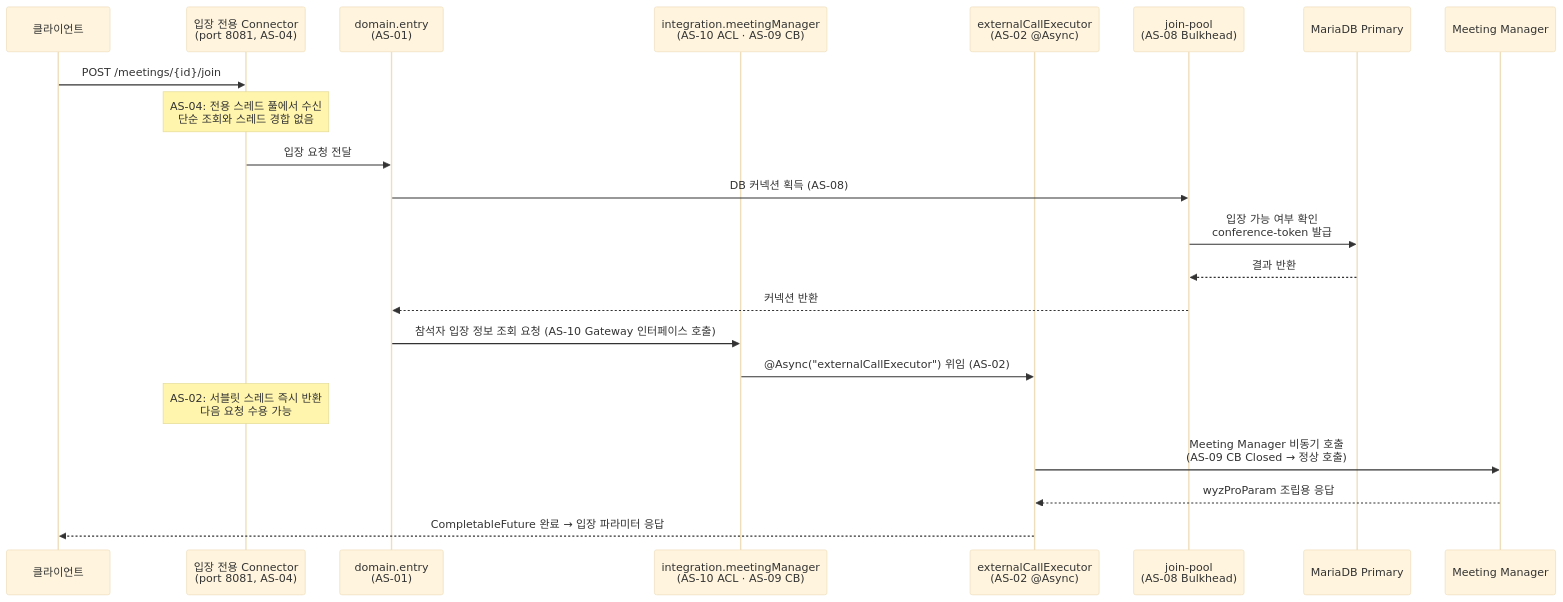
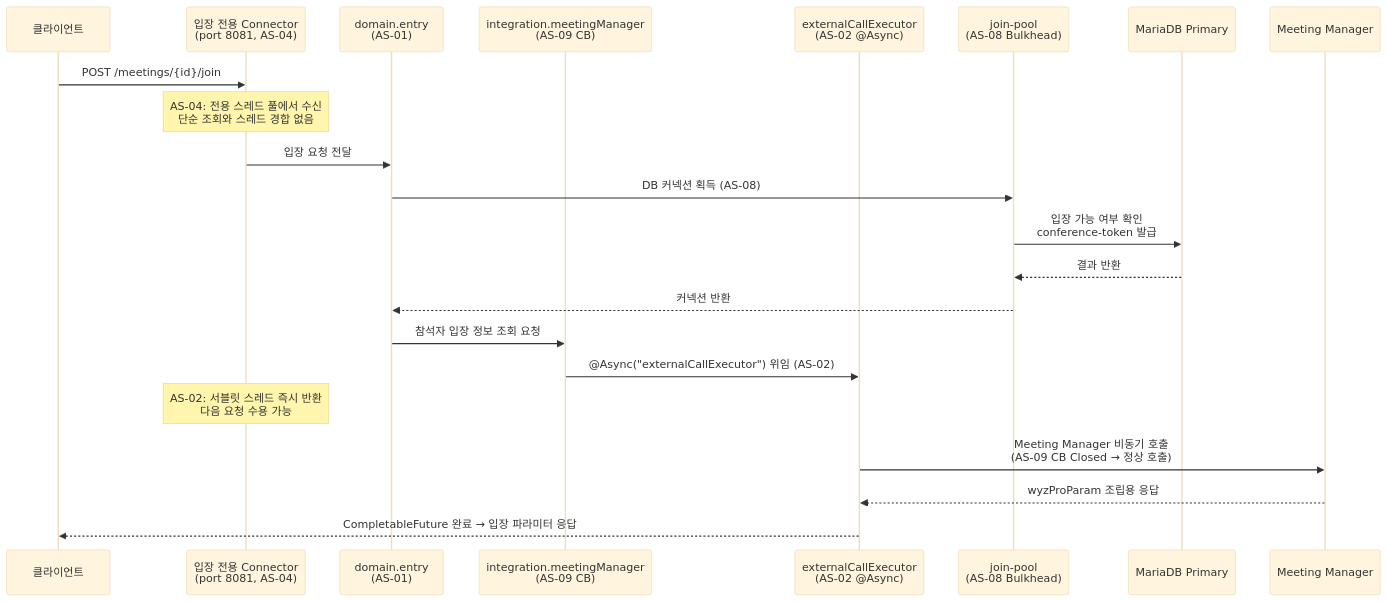
Before and after one commit to sujinnkim/A_Personal: the first of 5 diagrams in docs/05-architecture-design/4.2-execution/4.2.1-runtime-view/overview.md, drawn with Mermaid (base theme). The commit also changed other lines of this file and 24 other files, not shown here.

````diff
--- a/docs/05-architecture-design/4.2-execution/4.2.1-runtime-view/overview.md
+++ b/docs/05-architecture-design/4.2-execution/4.2.1-runtime-view/overview.md
@@ -11,29 +11,29 @@
 ```mermaid
 sequenceDiagram
     participant C as 클라이언트
     participant CON as 입장 전용 Connector<br/>(port 8081, AS-04)
     participant DE as domain.entry<br/>(AS-01)
-    participant MM_INT as integration.meetingManager<br/>(AS-10 ACL · AS-09 CB)
+    participant MM_INT as integration.meetingManager<br/>(AS-09 CB)
     participant EX as externalCallExecutor<br/>(AS-02 @Async)
     participant JP as join-pool<br/>(AS-08 Bulkhead)
     participant DB as MariaDB Primary
     participant MM as Meeting Manager
 
     C->>CON: POST /meetings/{id}/join
     Note over CON: AS-04: 전용 스레드 풀에서 수신<br/>단순 조회와 스레드 경합 없음
 
     CON->>DE: 입장 요청 전달
     DE->>JP: DB 커넥션 획득 (AS-08)
     JP->>DB: 입장 가능 여부 확인<br/>conference-token 발급
     DB-->>JP: 결과 반환
     JP-->>DE: 커넥션 반환
 
-    DE->>MM_INT: 참석자 입장 정보 조회 요청 (AS-10 Gateway 인터페이스 호출)
+    DE->>MM_INT: 참석자 입장 정보 조회 요청
     MM_INT->>EX: @Async("externalCallExecutor") 위임 (AS-02)
     Note over CON: AS-02: 서블릿 스레드 즉시 반환<br/>다음 요청 수용 가능
 
     EX->>MM: Meeting Manager 비동기 호출<br/>(AS-09 CB Closed → 정상 호출)
     MM-->>EX: wyzProParam 조립용 응답
 
     EX-->>C: CompletableFuture 완료 → 입장 파라미터 응답
 ```
````
